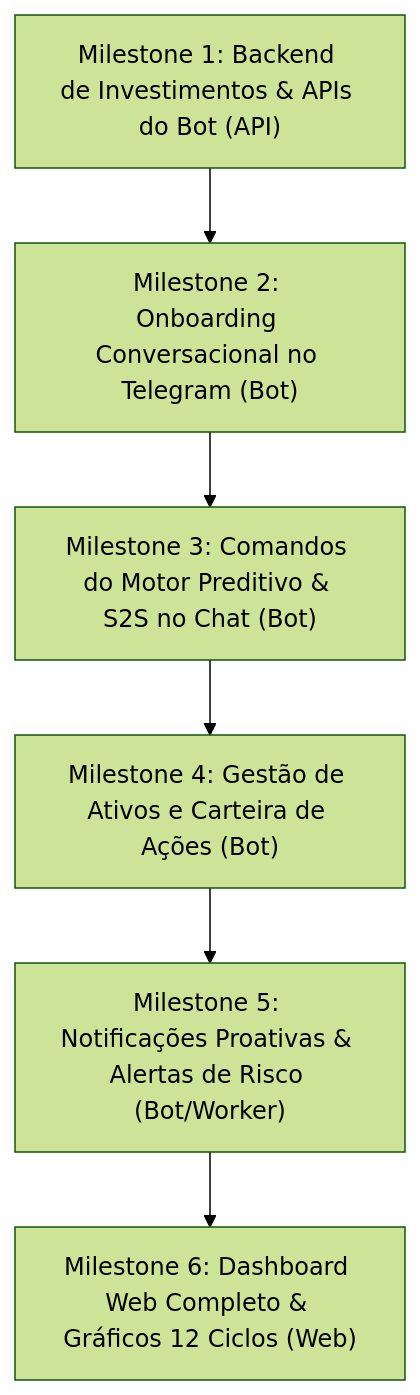
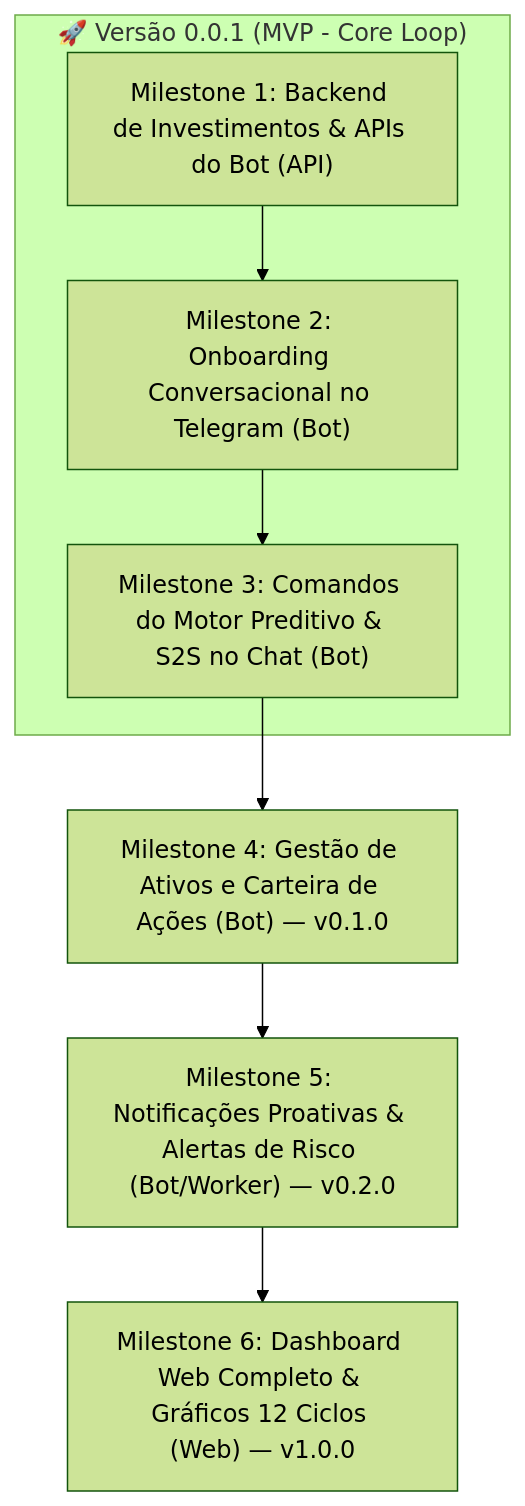
One commit to marcos-vinicius14/meu-dinheiro changed the diagram in docs/roadmap.md. Above: the diagram before and after it, drawn with Mermaid (forest theme). The commit also changed other lines of this file and 9 other files, not shown here.

````diff
--- a/docs/roadmap.md
+++ b/docs/roadmap.md
@@ -11,8 +17,10 @@
 ```mermaid
 graph TD
-    M1["Milestone 1: Backend de Investimentos & APIs do Bot (API)"] --> M2["Milestone 2: Onboarding Conversacional no Telegram (Bot)"]
-    M2 --> M3["Milestone 3: Comandos do Motor Preditivo & S2S no Chat (Bot)"]
-    M3 --> M4["Milestone 4: Gestão de Ativos e Carteira de Ações (Bot)"]
-    M4 --> M5["Milestone 5: Notificações Proativas & Alertas de Risco (Bot/Worker)"]
-    M5 --> M6["Milestone 6: Dashboard Web Completo & Gráficos 12 Ciclos (Web)"]
+    subgraph V001 ["🚀 Versão 0.0.1 (MVP - Core Loop)"]
+        M1["Milestone 1: Backend de Investimentos & APIs do Bot (API)"] --> M2["Milestone 2: Onboarding Conversacional no Telegram (Bot)"]
+        M2 --> M3["Milestone 3: Comandos do Motor Preditivo & S2S no Chat (Bot)"]
+    end
+    M3 --> M4["Milestone 4: Gestão de Ativos e Carteira de Ações (Bot) — v0.1.0"]
+    M4 --> M5["Milestone 5: Notificações Proativas & Alertas de Risco (Bot/Worker) — v0.2.0"]
+    M5 --> M6["Milestone 6: Dashboard Web Completo & Gráficos 12 Ciclos (Web) — v1.0.0"]
 ```
````
